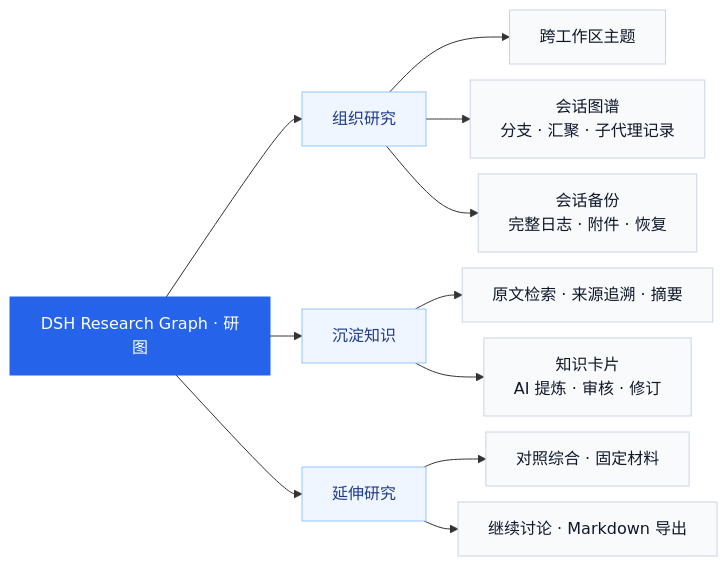
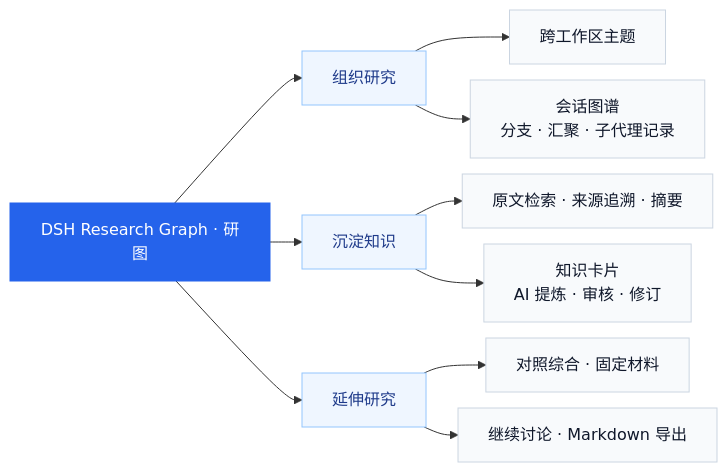
Before and after one commit to benz-ai-x/dsh-research-graph: the diagram in README.zh.md, drawn with Mermaid. The commit also changed other lines of this file and 45 other files, not shown here.

````diff
--- a/README.zh.md
+++ b/README.zh.md
@@ -25,19 +25,19 @@
 ```mermaid
 ---
 config:
   flowchart:
     nodeSpacing: 16
     rankSpacing: 32
 ---
 flowchart LR
   G["DSH Research Graph · 研图"] --> O["组织研究"] & K["沉淀知识"] & R["延伸研究"]
-  O --> O1["跨工作区主题"] & O2["会话图谱<br/>分支 · 汇聚 · 子代理记录"] & O3["会话备份<br/>完整日志 · 附件 · 恢复"]
+  O --> O1["跨工作区主题"] & O2["会话图谱<br/>分支 · 汇聚 · 子代理记录"]
   K --> K1["原文检索 · 来源追溯 · 摘要"] & K2["知识卡片<br/>AI 提炼 · 审核 · 修订"]
   R --> R1["对照综合 · 固定材料"] & R2["继续讨论 · Markdown 导出"]
   classDef brand fill:#2563eb,stroke:#2563eb,color:#fff
   classDef group fill:#eff6ff,stroke:#93c5fd,color:#1e3a8a
   classDef feature fill:#f8fafc,stroke:#cbd5e1,color:#0f172a
   class G brand
   class O,K,R group
-  class O1,O2,O3,K1,K2,R1,R2 feature
+  class O1,O2,K1,K2,R1,R2 feature
 ```
````
